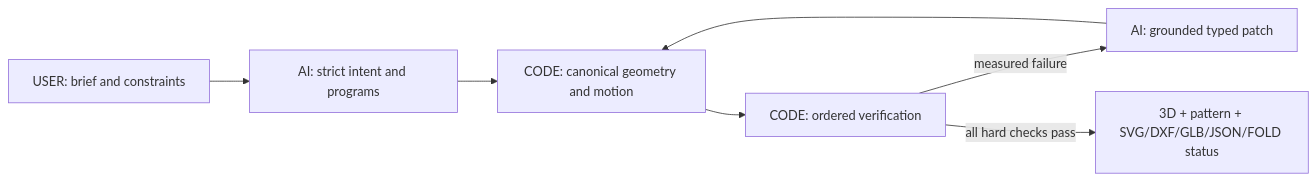
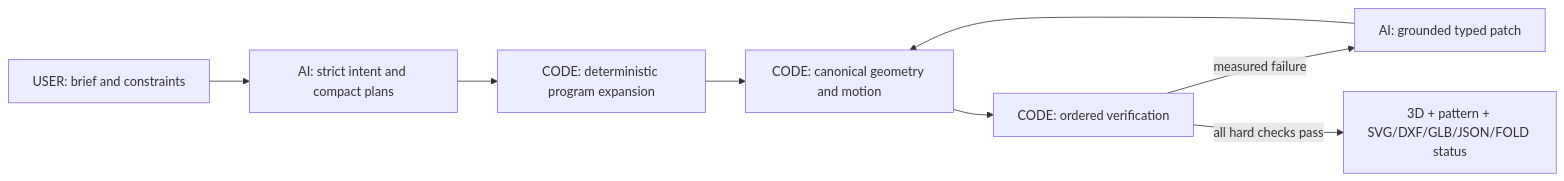
One commit to BhavyaAk25/FoldForge changed the diagram in README.md. Above: the diagram before and after it, drawn with Mermaid. The commit also changed other lines of this file and 9 other files, not shown here.

````diff
--- a/README.md
+++ b/README.md
@@ -34,9 +34,10 @@
 ```mermaid
 flowchart LR
-    U["USER: brief and constraints"] --> A["AI: strict intent and programs"]
-    A --> C["CODE: canonical geometry and motion"]
+    U["USER: brief and constraints"] --> A["AI: strict intent and compact plans"]
+    A --> E["CODE: deterministic program expansion"]
+    E --> C["CODE: canonical geometry and motion"]
     C --> V["CODE: ordered verification"]
     V -->|measured failure| R["AI: grounded typed patch"]
     R --> C
     V -->|all hard checks pass| X["3D + pattern + SVG/DXF/GLB/JSON/FOLD status"]
 ```
````
